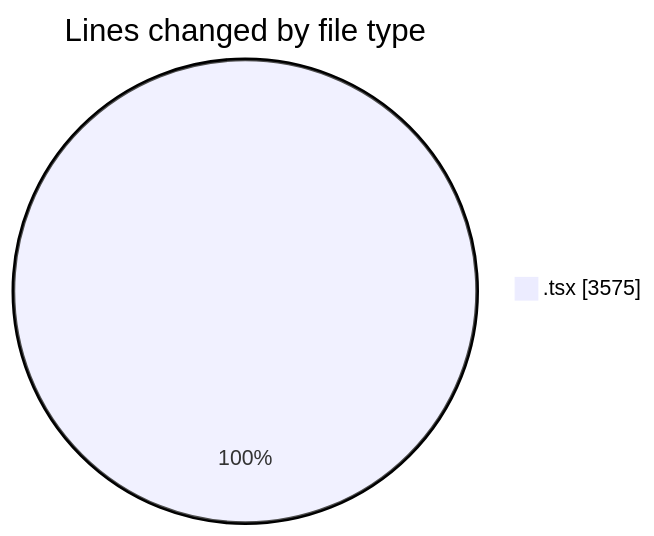
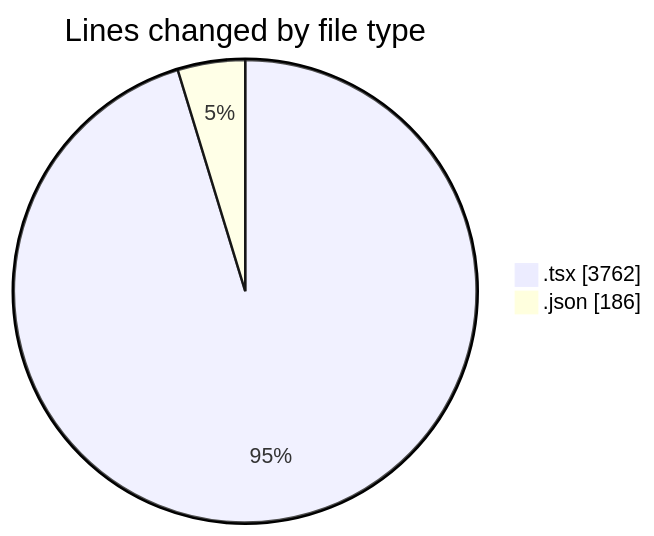
The first of 2 diagrams in 2026-08-06/cda/README.md (momahboobian/code-tracking), drawn with Mermaid before and after one commit. The commit also changed other lines of this file and 1 other file, not shown here.

````diff
--- a/2026-08-06/cda/README.md
+++ b/2026-08-06/cda/README.md
@@ -29,5 +31,6 @@
 ```mermaid
 pie showData
 title Lines changed by file type
-".tsx" : 3575
+".tsx" : 3762
+".json" : 186
 ```
````
